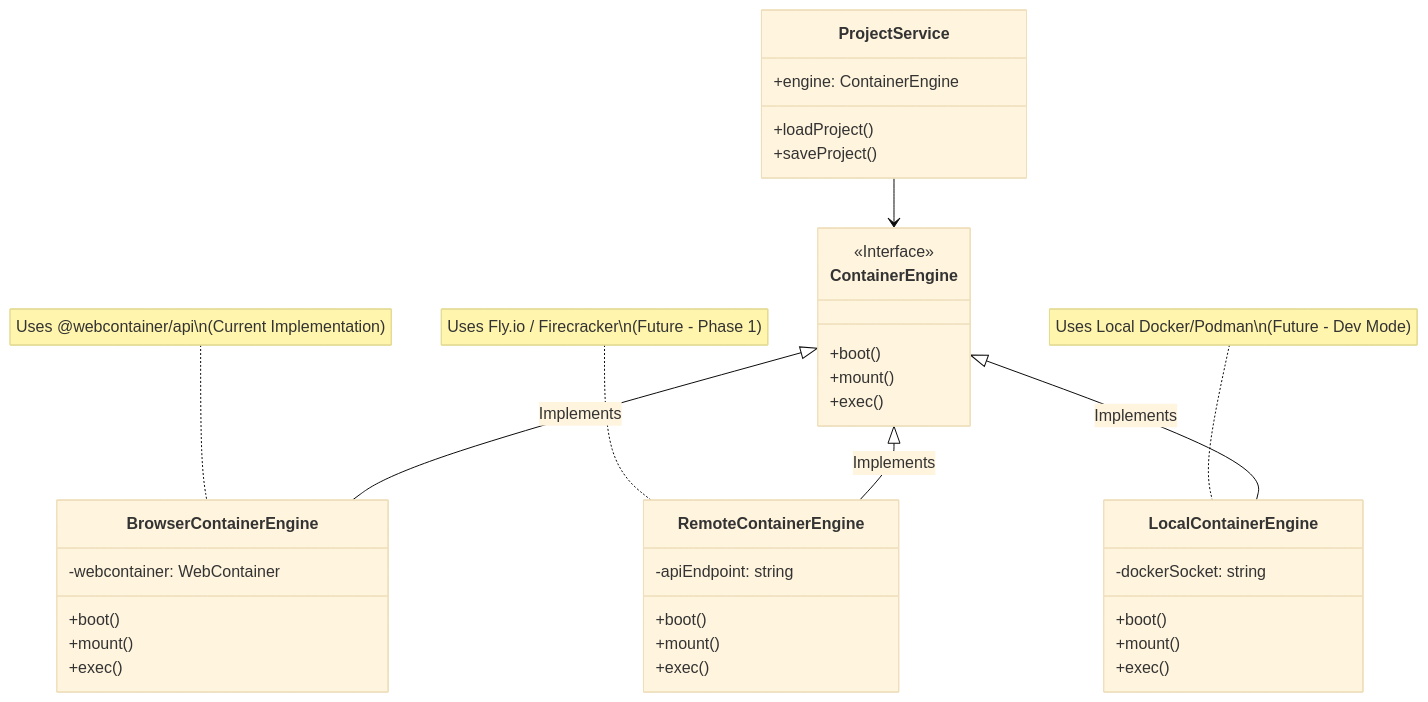
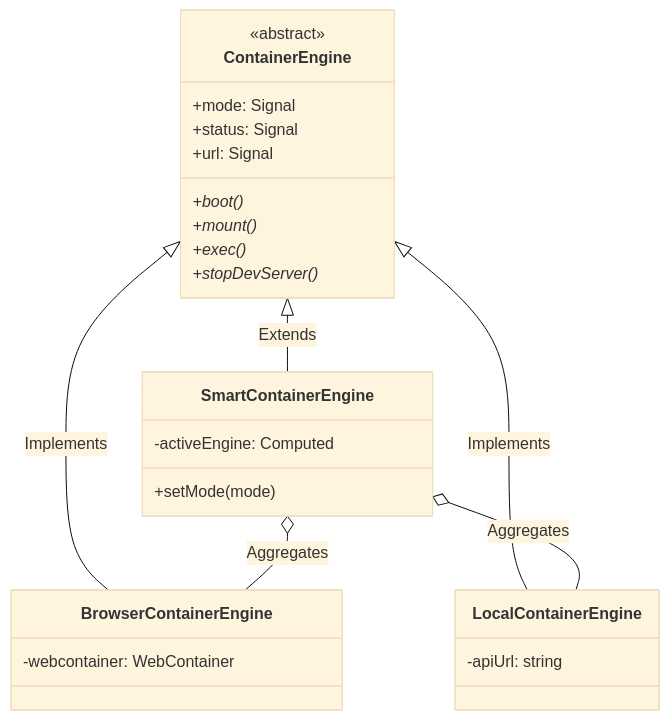
One commit to BenjaminDobler/adorable changed the fourth of 5 diagrams in roadmap/architecture-diagrams.md. Above: the diagram before and after it, drawn with Mermaid (base theme). The commit also changed other lines of this file and 2 other files, not shown here.

First line of the commit message:
docs: update architecture diagrams and fix docker exec on paused containers

````diff
--- a/roadmap/architecture-diagrams.md
+++ b/roadmap/architecture-diagrams.md
@@ -106,45 +138,35 @@
 ```mermaid
 classDiagram
-    class ProjectService {
-        +loadProject()
-        +saveProject()
-        +engine: ContainerEngine
+    class ContainerEngine {
+        <<abstract>>
+        +mode: Signal
+        +status: Signal
+        +url: Signal
+        +boot()*
+        +mount()*
+        +exec()*
+        +stopDevServer()*
     }
 
-    class ContainerEngine {
-        <<Interface>>
-        +boot()
-        +mount()
-        +exec()
+    class SmartContainerEngine {
+        -activeEngine: Computed
+        +setMode(mode)
     }
 
     class BrowserContainerEngine {
         -webcontainer: WebContainer
-        +boot()
-        +mount()
-        +exec()
-    }
-
-    class RemoteContainerEngine {
-        -apiEndpoint: string
-        +boot()
-        +mount()
-        +exec()
     }
     
     class LocalContainerEngine {
-        -dockerSocket: string
-        +boot()
-        +mount()
-        +exec()
+        -apiUrl: string
     }
 
-    ProjectService --> ContainerEngine
+    ContainerEngine <|-- SmartContainerEngine : Extends
     ContainerEngine <|-- BrowserContainerEngine : Implements
-    ContainerEngine <|-- RemoteContainerEngine : Implements
     ContainerEngine <|-- LocalContainerEngine : Implements
+    
+    SmartContainerEngine o-- BrowserContainerEngine : Aggregates
+    SmartContainerEngine o-- LocalContainerEngine : Aggregates
 
-    note for BrowserContainerEngine "Uses @webcontainer/api\n(Current Implementation)"
-    note for RemoteContainerEngine "Uses Fly.io / Firecracker\n(Future - Phase 1)"
-    note for LocalContainerEngine "Uses Local Docker/Podman\n(Future - Dev Mode)"
+    link ContainerEngine "https://github.com/BenjaminDobler/adorable/blob/main/apps/client/src/app/services/container-engine.ts"
 ```
````
